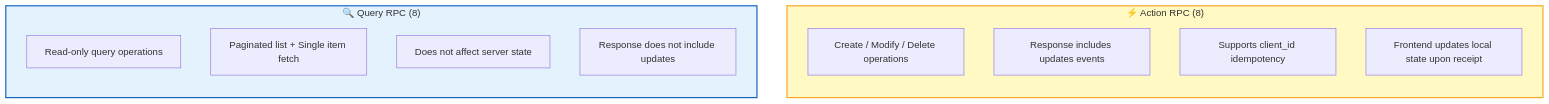
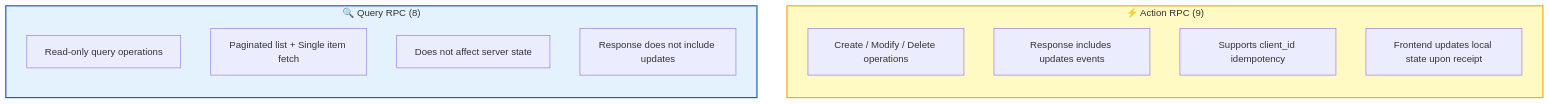
The first of 7 diagrams in src/content/docs/en/protocol/rpc.md (rtc-agent/docs), drawn with Mermaid before and after one commit. The commit also changed other lines of this file and 13 other files, not shown here.

````diff
--- a/src/content/docs/en/protocol/rpc.md
+++ b/src/content/docs/en/protocol/rpc.md
@@ -10,21 +10,21 @@
 ```mermaid
 flowchart TD
-    subgraph ACTION["⚡ Action RPC (8)"]
+    subgraph ACTION["⚡ Action RPC (9)"]
         direction TB
         A1["Create / Modify / Delete operations"]
         A2["Response includes updates events"]
         A3["Supports client_id idempotency"]
         A4["Frontend updates local state upon receipt"]
     end
 
     subgraph QUERY["🔍 Query RPC (8)"]
         direction TB
         Q1["Read-only query operations"]
         Q2["Paginated list + Single item fetch"]
         Q3["Does not affect server state"]
         Q4["Response does not include updates"]
     end
 
     style ACTION fill:#fff9c4,stroke:#f9a825,stroke-width:2px
     style QUERY fill:#e3f2fd,stroke:#1565c0,stroke-width:2px
 ```
````
